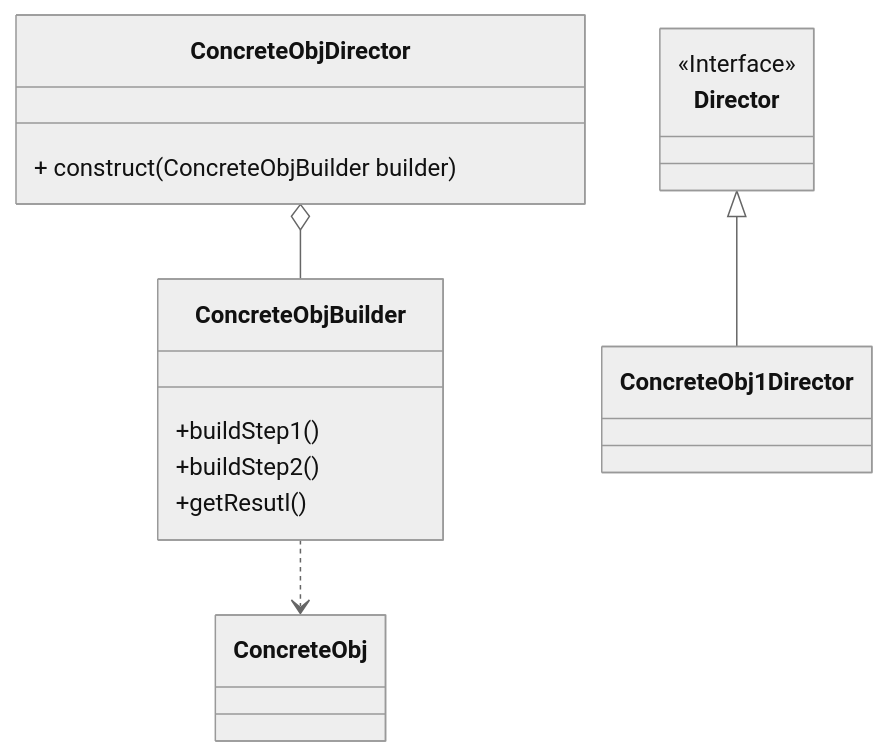
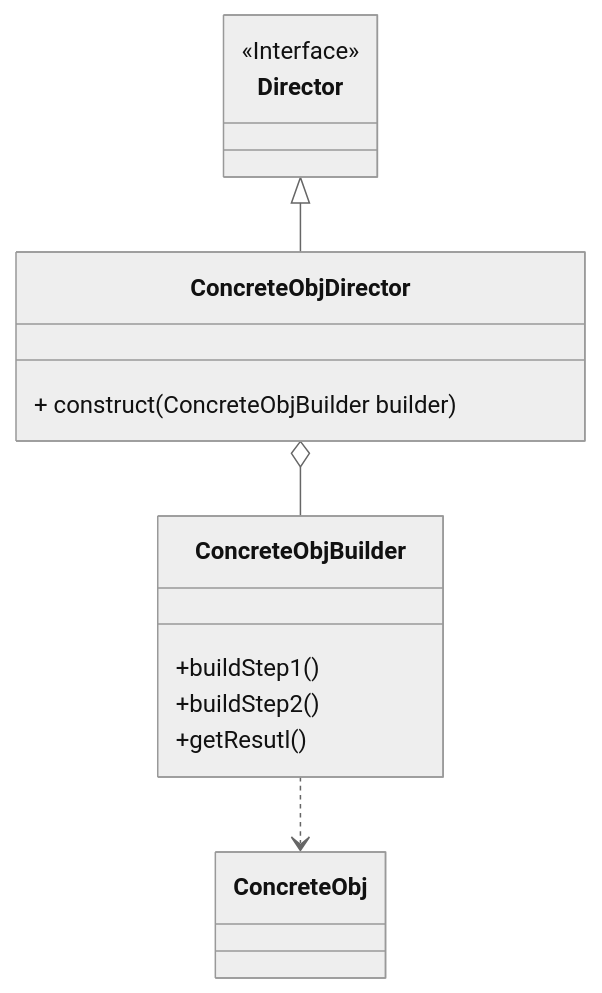
Before and after one commit to mrcybercat/internship-entry-assessment: the second of 5 diagrams in programming-test.md, drawn with Mermaid (neutral theme).

Commit message:
Exercise 2 programming-test.md diagram typo correction pt.2

````diff
--- a/programming-test.md
+++ b/programming-test.md
@@ -117,21 +117,21 @@
 ```mermaid
 classDiagram
 
     ConcreteObjDirector o-- ConcreteObjBuilder
-    Director <|-- ConcreteObj1Director
+    Director <|-- ConcreteObjDirector
     ConcreteObjBuilder ..> ConcreteObj
 
     class ConcreteObjDirector{
         + construct(ConcreteObjBuilder builder)
     }
     class Director{
         <<Interface>>
     }
     class ConcreteObj
 
     class ConcreteObjBuilder{
         +buildStep1()
         +buildStep2()
         +getResutl()    
     }
 ```
````
